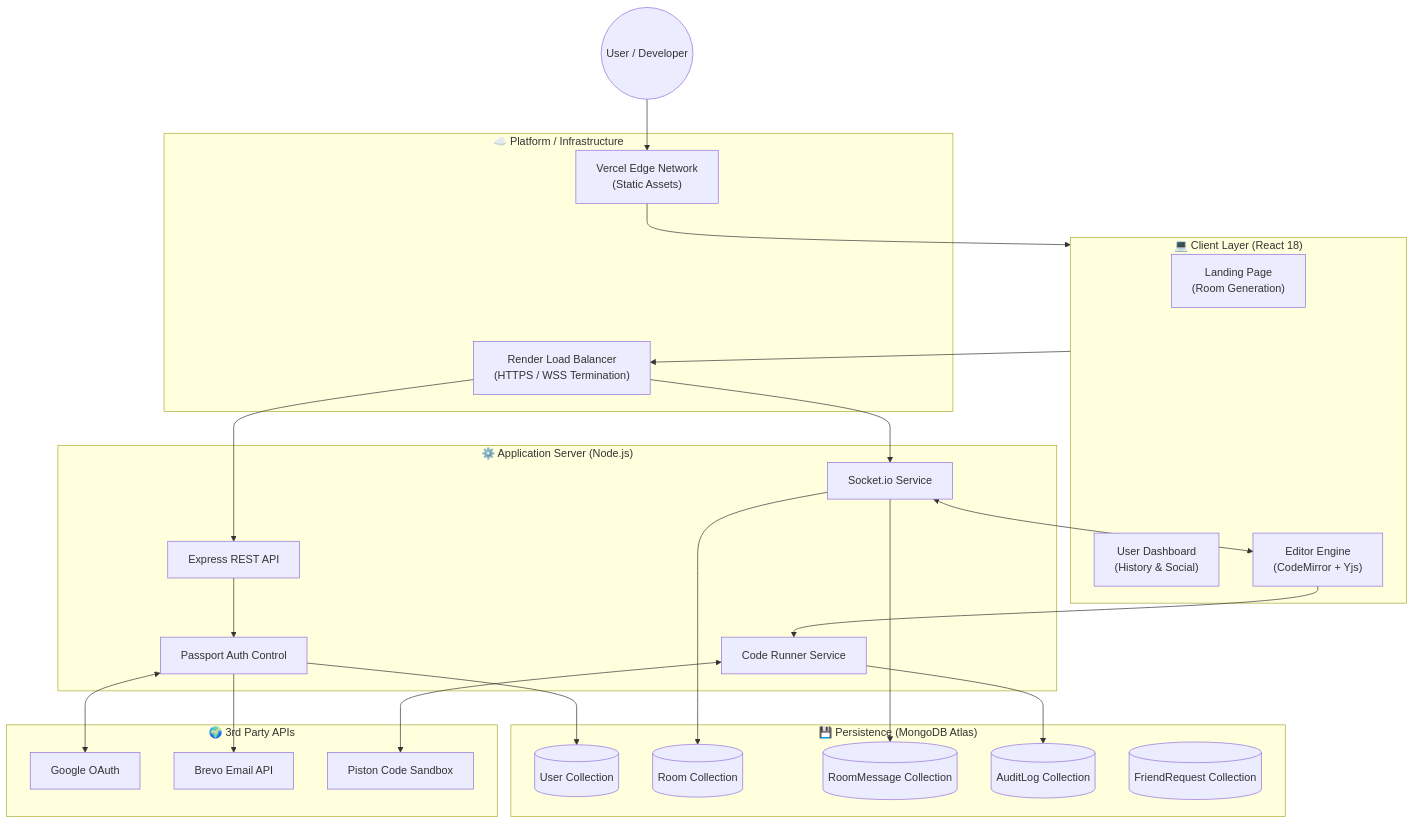
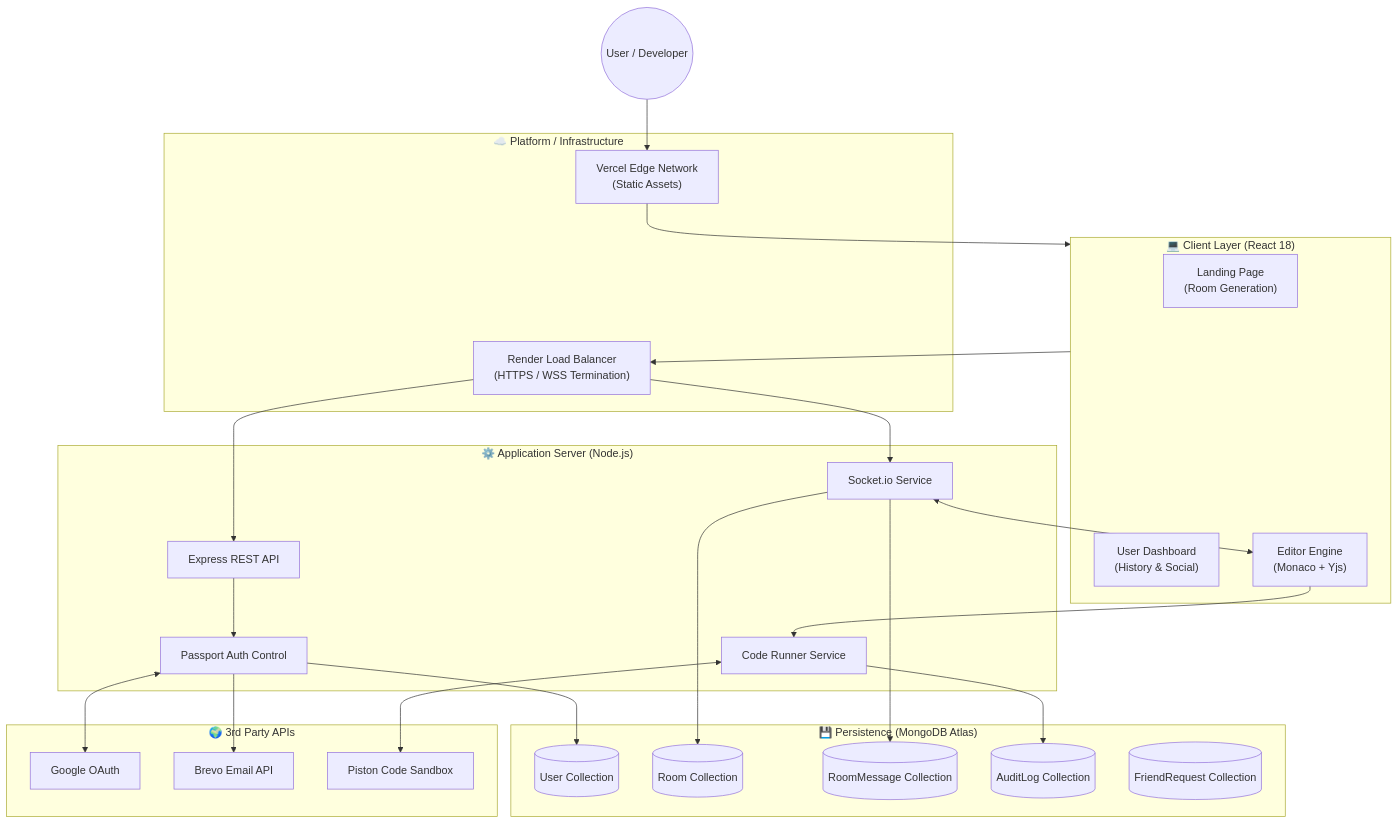
The first of 3 diagrams in README.md (mainakmishra/Helio), drawn with Mermaid before and after one commit. The commit also changed other lines of this file and 4 other files, not shown here.

````diff
--- a/README.md
+++ b/README.md
@@ -42,56 +42,56 @@
 ```mermaid
 graph TD
     user((User / Developer))
     
     subgraph Client_Layer ["💻 Client Layer (React 18)"]
         Landing["Landing Page\n(Room Generation)"]
         Dashboard["User Dashboard\n(History & Social)"]
-        Editor["Editor Engine\n(CodeMirror + Yjs)"]
+        Editor["Editor Engine\n(Monaco + Yjs)"]
     end
     
     subgraph Platform_Layer ["☁️ Platform / Infrastructure"]
         LB["Render Load Balancer\n(HTTPS / WSS Termination)"]
         CDN["Vercel Edge Network\n(Static Assets)"]
     end
     
     subgraph Server_Layer ["⚙️ Application Server (Node.js)"]
         API["Express REST API"]
         Socket["Socket.io Service"]
         Auth["Passport Auth Control"]
         Exec["Code Runner Service"]
     end
     
     subgraph Data_Layer ["💾 Persistence (MongoDB Atlas)"]
         Users[(User Collection)]
         Rooms[(Room Collection)]
         Chats[(RoomMessage Collection)]
         Logs[(AuditLog Collection)]
         Friends[(FriendRequest Collection)]
     end
     
     subgraph External_Services ["🌍 3rd Party APIs"]
         Google[Google OAuth]
         Brevo[Brevo Email API]
         Piston[Piston Code Sandbox]
     end
 
     %% Flows
     user --> CDN
     CDN --> Client_Layer
     Client_Layer --> LB
     LB --> API
     LB --> Socket
     
     API --> Auth
     Auth --> Users
     Auth <--> Google
     Auth --> Brevo
     
     Socket <--> Editor
     Socket --> Rooms
     Socket --> Chats
     
     Editor --> Exec
     Exec <--> Piston
     Exec --> Logs
 ```
````
